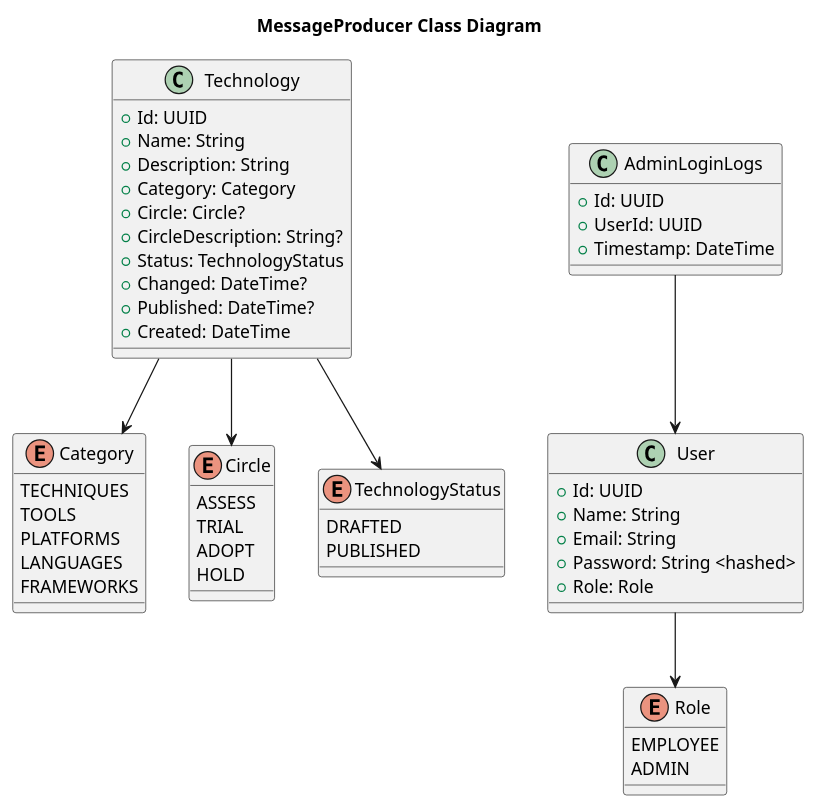
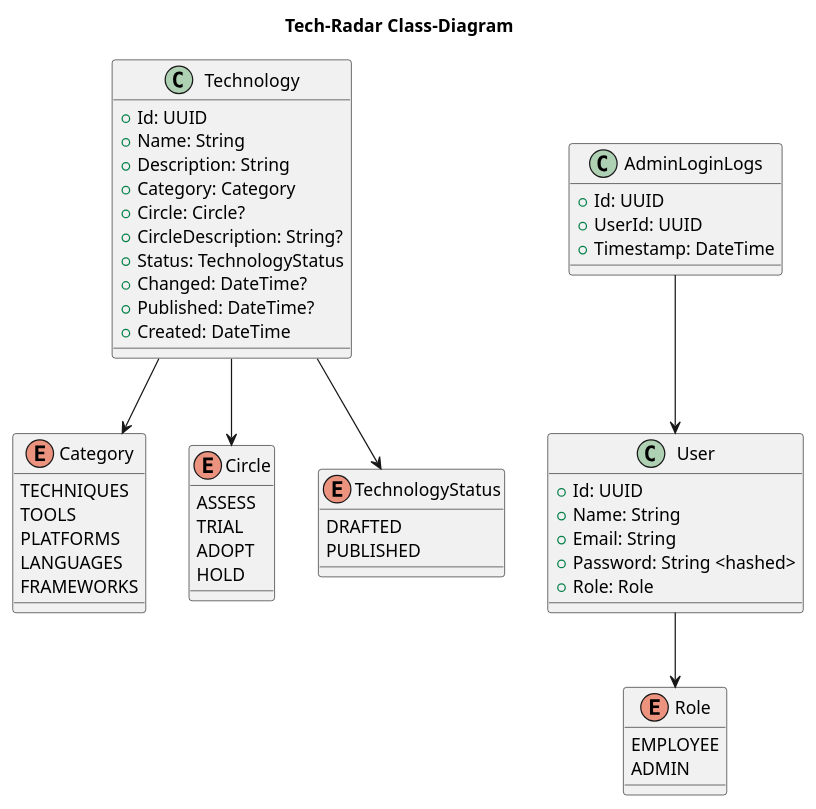
The diagram in docs/diagrams/datamodel.puml (kwstnr/weblab-tech-radar), drawn with PlantUML before and after one commit. The commit also changed 2 other files, not shown here.

```diff
--- a/docs/diagrams/datamodel.puml
+++ b/docs/diagrams/datamodel.puml
@@ -1,64 +1,64 @@
 @startuml
 
-title MessageProducer Class Diagram
+title Tech-Radar Class-Diagram
 
 class Technology {
   + Id: UUID
   + Name: String
   + Description: String
   + Category: Category
   + Circle: Circle?
   + CircleDescription: String?
   + Status: TechnologyStatus
   + Changed: DateTime?
   + Published: DateTime?
   + Created: DateTime
 }
 
 class User {
   + Id: UUID
   + Name: String
   + Email: String
   + Password: String <hashed>
   + Role: Role
 }
 
 class AdminLoginLogs {
   + Id: UUID
   + UserId: UUID
   + Timestamp: DateTime
 }
 
 enum Role {
   EMPLOYEE
   ADMIN
 }
 
 enum Category {
   TECHNIQUES
   TOOLS
   PLATFORMS
   LANGUAGES
   FRAMEWORKS
 }
 
 enum Circle {
   ASSESS
   TRIAL
   ADOPT
   HOLD
 }
 
 enum TechnologyStatus {
   DRAFTED
   PUBLISHED
 }
 
 Technology --> Category
 Technology --> Circle
 Technology --> TechnologyStatus
 
 User --> Role
 
 AdminLoginLogs --> User
 @enduml
```
